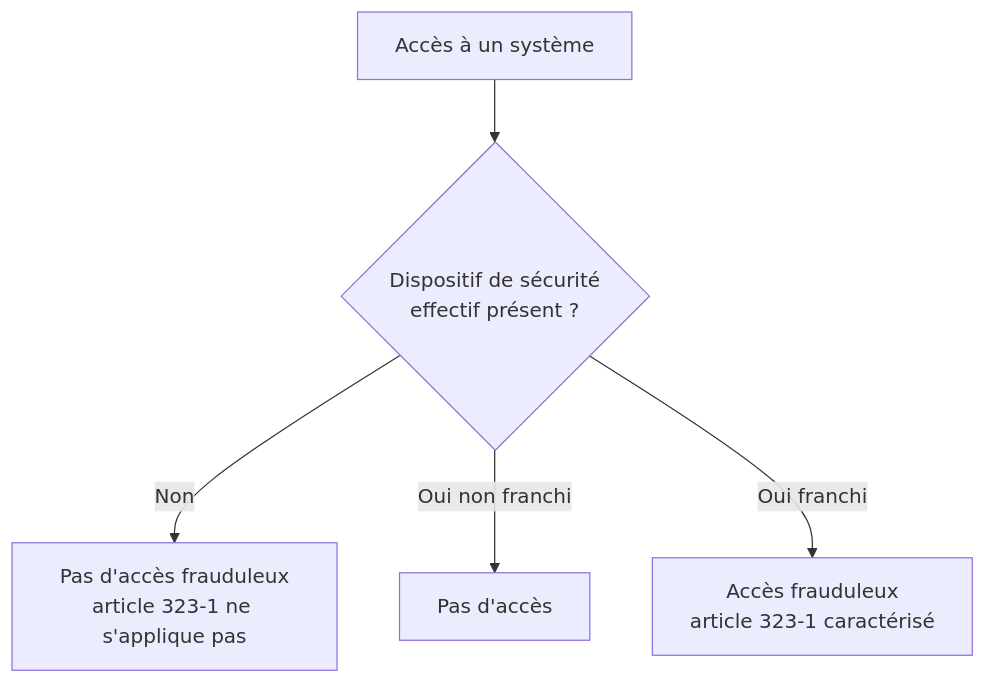
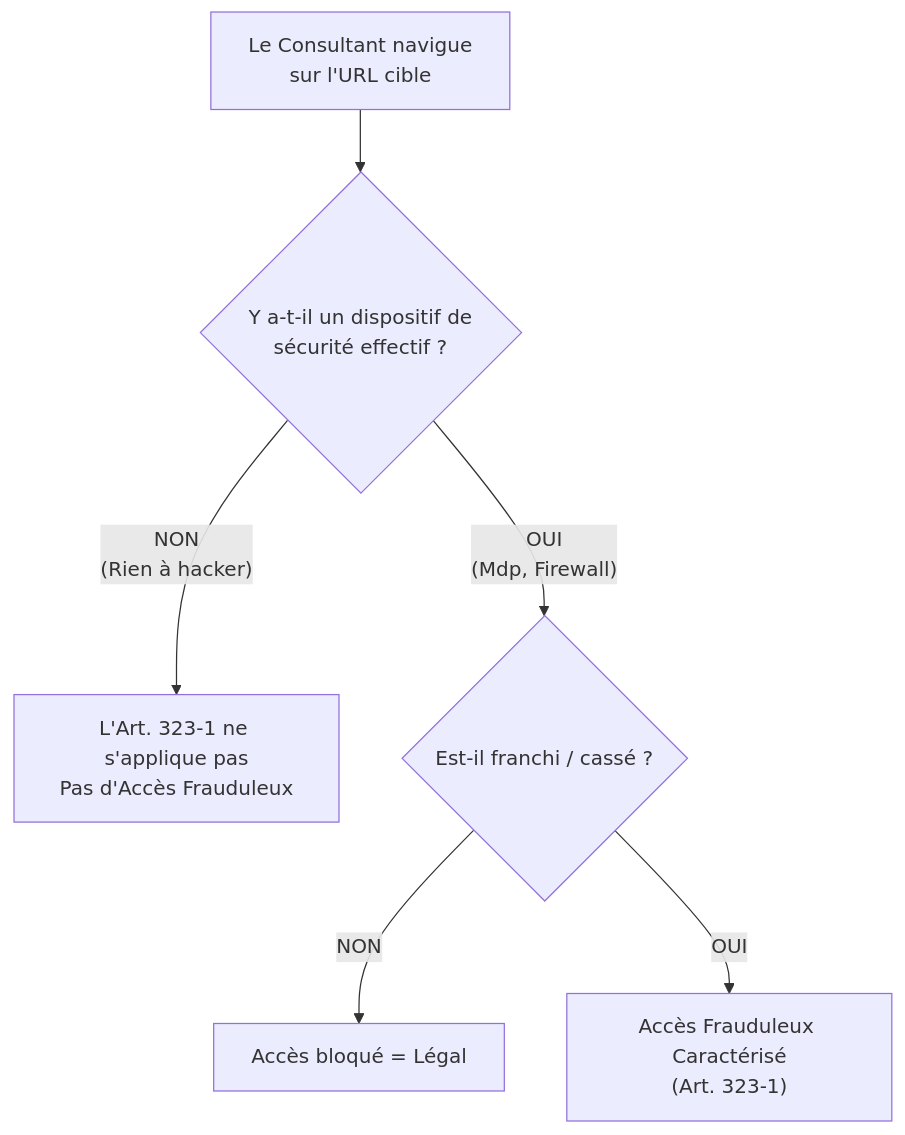
One commit to zyrass/omnydocs changed the first of 2 diagrams in docs/cursus-forensic/01-cycle-0-fondations/module-1-legislation/12-affaire-kitetoa.md. Above: the diagram before and after it, drawn with Mermaid. The commit also changed other lines of this file and 171 other files, not shown here.

````diff
--- a/docs/cursus-forensic/01-cycle-0-fondations/module-1-legislation/12-affaire-kitetoa.md
+++ b/docs/cursus-forensic/01-cycle-0-fondations/module-1-legislation/12-affaire-kitetoa.md
@@ -122,7 +88,8 @@
 ```mermaid
 flowchart TB
-    A[Accès à un système] --> B{Dispositif de sécurité<br>effectif présent ?}
-    B -->|Non| C[Pas d'accès frauduleux<br>article 323-1 ne s'applique pas]
-    B -->|Oui non franchi| D[Pas d'accès]
-    B -->|Oui franchi| E[Accès frauduleux<br>article 323-1 caractérisé]
+    A["Le Consultant navigue<br>sur l'URL cible"] --> B{"Y a-t-il un dispositif de<br>sécurité effectif ?"}
+    B -->|"NON<br>(Rien à hacker)"| C["L'Art. 323-1 ne s'applique pas<br>Pas d'Accès Frauduleux"]
+    B -->|"OUI<br>(Mdp, Firewall)"| D{"Est-il franchi / cassé ?"}
+    D -->|"NON"| E["Accès bloqué = Légal"]
+    D -->|"OUI"| F["Accès Frauduleux Caractérisé<br>(Art. 323-1)"]
 ```
````
